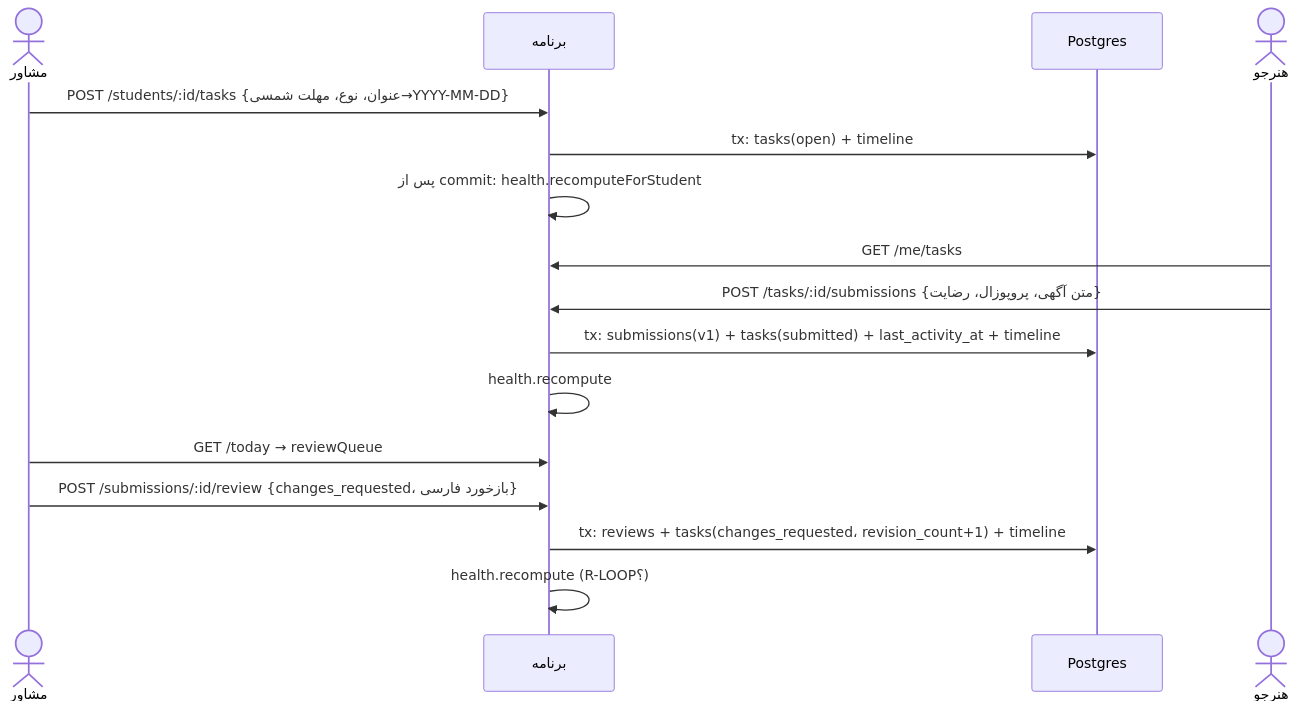
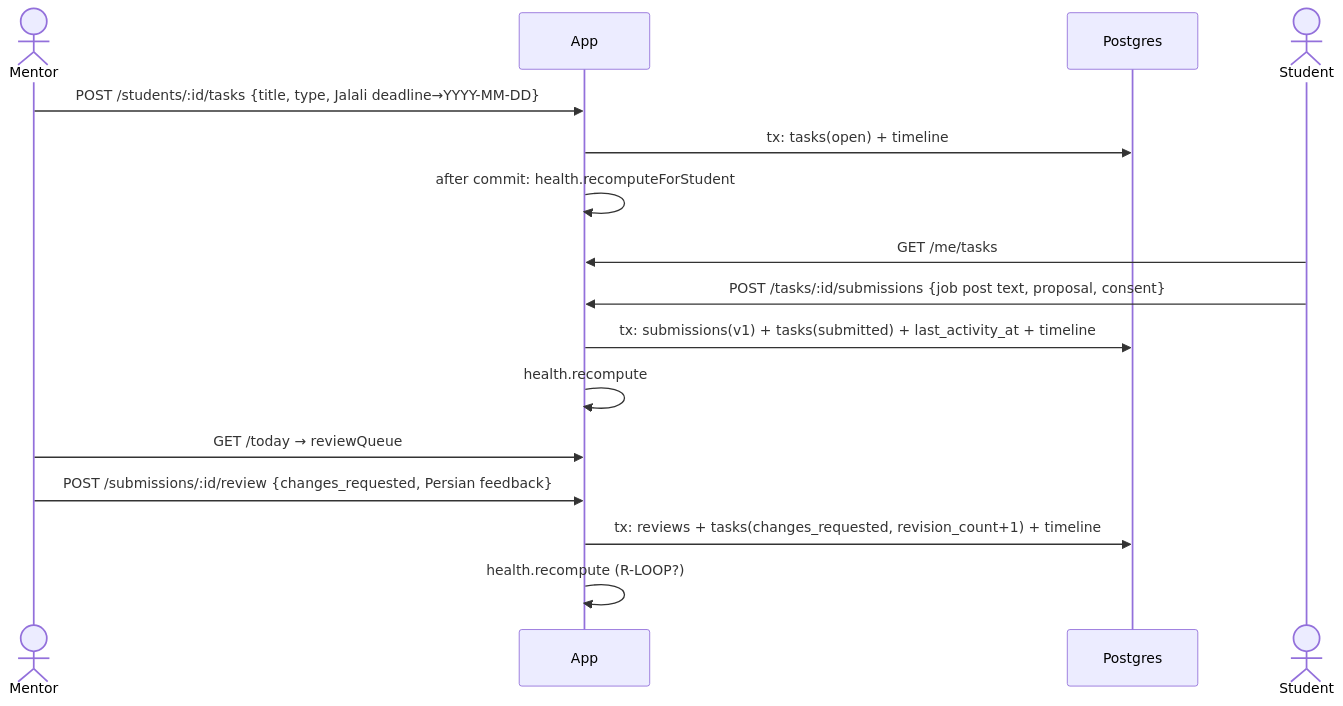
Before and after one commit to simorghsorkh/upworkcoach: the fourth of 5 diagrams in docs/04-architecture/overview.md, drawn with Mermaid. The commit also changed other lines of this file and 360 other files, not shown here.

````diff
--- a/docs/04-architecture/overview.md
+++ b/docs/04-architecture/overview.md
@@ -146,18 +146,18 @@
 ```mermaid
 sequenceDiagram
-    actor M as مشاور
-    participant W as برنامه
+    actor M as Mentor
+    participant W as App
     participant D as Postgres
-    actor S as هنرجو
-    M->>W: POST /students/:id/tasks {عنوان، نوع، مهلت شمسی→YYYY-MM-DD}
+    actor S as Student
+    M->>W: POST /students/:id/tasks {title, type, Jalali deadline→YYYY-MM-DD}
     W->>D: tx: tasks(open) + timeline
-    W->>W: پس از commit: health.recomputeForStudent
+    W->>W: after commit: health.recomputeForStudent
     S->>W: GET /me/tasks
-    S->>W: POST /tasks/:id/submissions {متن آگهی، پروپوزال، رضایت}
+    S->>W: POST /tasks/:id/submissions {job post text, proposal, consent}
     W->>D: tx: submissions(v1) + tasks(submitted) + last_activity_at + timeline
     W->>W: health.recompute
     M->>W: GET /today → reviewQueue
-    M->>W: POST /submissions/:id/review {changes_requested، بازخورد فارسی}
-    W->>D: tx: reviews + tasks(changes_requested، revision_count+1) + timeline
-    W->>W: health.recompute (R-LOOP؟)
+    M->>W: POST /submissions/:id/review {changes_requested, Persian feedback}
+    W->>D: tx: reviews + tasks(changes_requested, revision_count+1) + timeline
+    W->>W: health.recompute (R-LOOP?)
 ```
````
